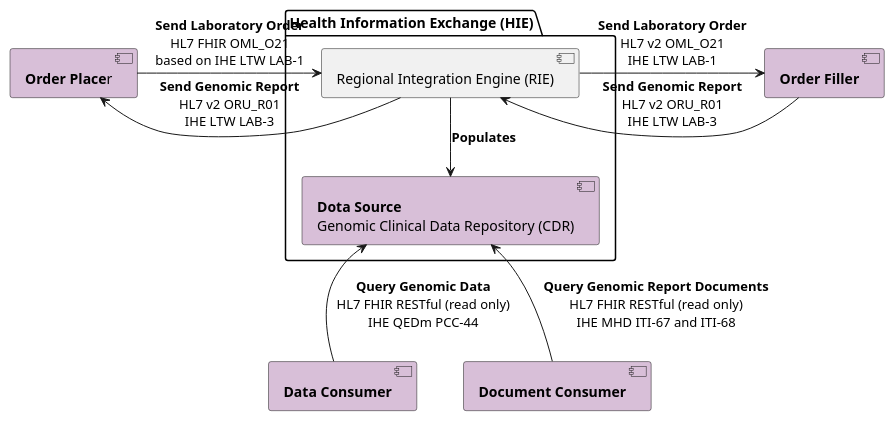
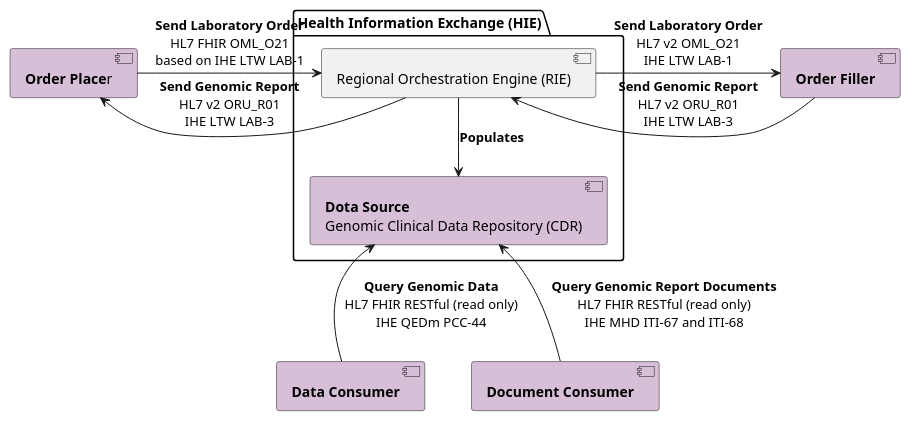
One commit to uk-gov-mirror/nw-gmsa.nw-gmsa.github.com changed the diagram in input/images-source/overview-hie.plantuml. Above: the diagram before and after it, drawn with PlantUML. The commit also changed 55 other files, not shown here.

```diff
--- a/input/images-source/overview-hie.plantuml
+++ b/input/images-source/overview-hie.plantuml
@@ -1,20 +1,20 @@
 @startuml
 
  component "**Order Place**r" as EPR #Thistle
  component "**Order Filler**" as LIMS #Thistle
  package "Health Information Exchange (HIE)" {
-    component "Regional Integration Engine (RIE)" as TIE
+    component "Regional Orchestration Engine (RIE)" as TIE
     component "**Dota Source**\nGenomic Clinical Data Repository (CDR)" as CDR #Thistle
  }
 component "**Data Consumer**" as HIE #Thistle
 component "**Document Consumer**" as HIEU #Thistle
 
  EPR -r-> TIE : **Send Laboratory Order**\nHL7 FHIR OML_O21\nbased on IHE LTW LAB-1
  TIE -r-> LIMS: **Send Laboratory Order**\nHL7 v2 OML_O21\nIHE LTW LAB-1
  LIMS -l-> TIE : **Send Genomic Report**\nHL7 v2 ORU_R01\nIHE LTW LAB-3
  TIE -l-> EPR: **Send Genomic Report**\nHL7 v2 ORU_R01\nIHE LTW LAB-3
  TIE -d-> CDR: **Populates**
  HIE -u-> CDR: **Query Genomic Data**\nHL7 FHIR RESTful (read only)\nIHE QEDm PCC-44
  HIEU -u-> CDR: **Query Genomic Report Documents**\nHL7 FHIR RESTful (read only)\nIHE MHD ITI-67 and ITI-68
 
 @enduml
```
